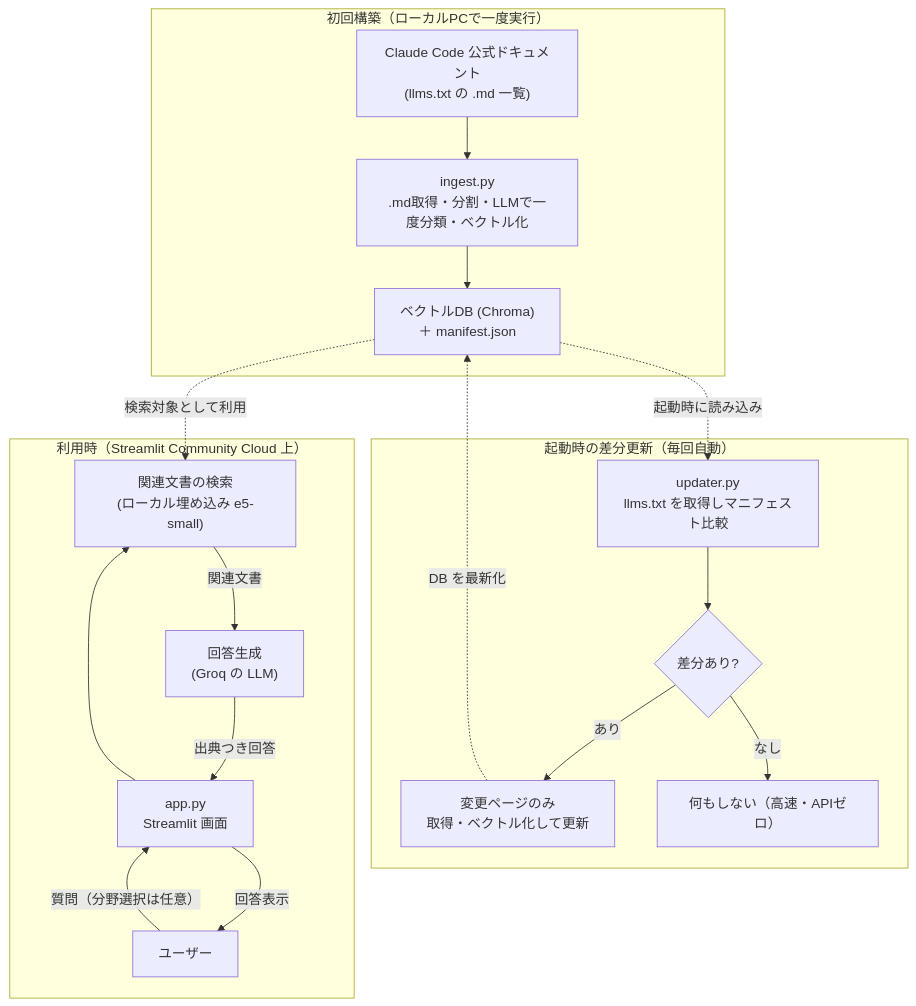
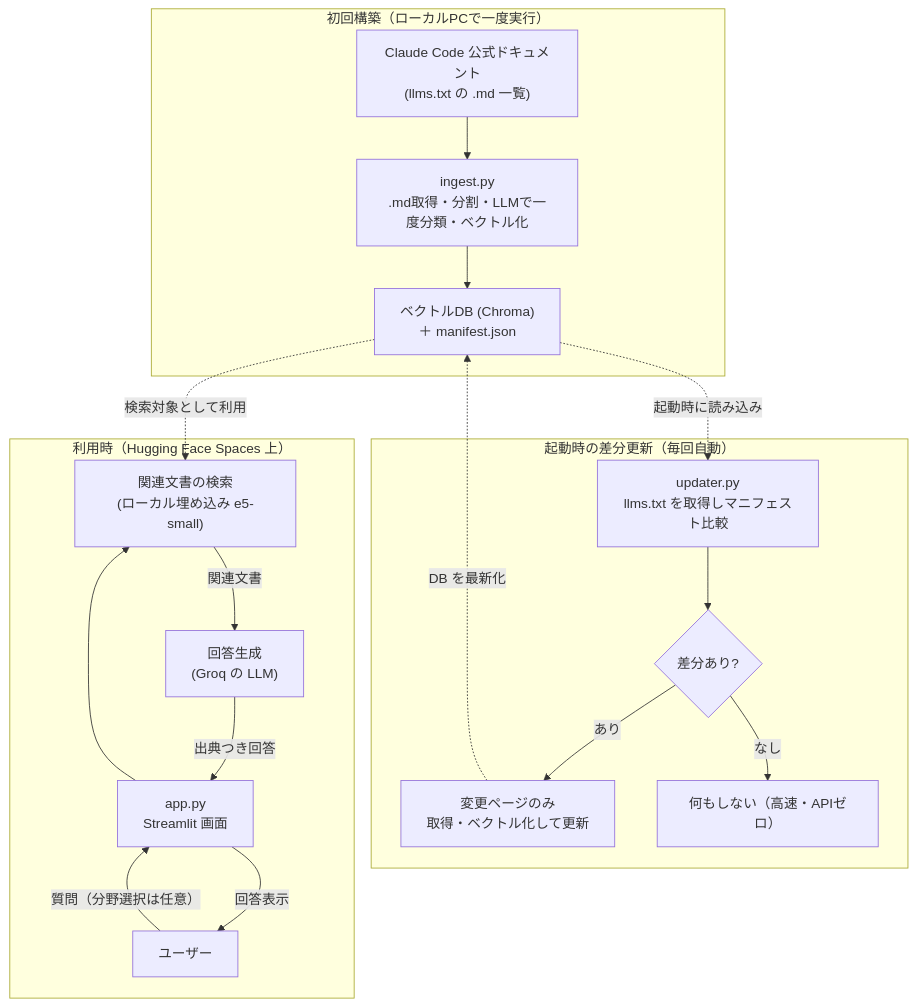
Before and after one commit to altair-nasubee/ai-docs-rag-bot: the diagram in docs/PLAN.md, drawn with Mermaid. The commit also changed other lines of this file and 1 other file, not shown here.

````diff
--- a/docs/PLAN.md
+++ b/docs/PLAN.md
@@ -43,34 +43,34 @@
 ```mermaid
 flowchart TD
     subgraph Prep["初回構築（ローカルPCで一度実行）"]
         Docs["Claude Code 公式ドキュメント<br/>(llms.txt の .md 一覧)"]
         Ingest["ingest.py<br/>.md取得・分割・LLMで一度分類・ベクトル化"]
         VStore["ベクトルDB (Chroma)<br/>＋ manifest.json"]
         Docs --> Ingest --> VStore
     end
 
     subgraph Boot["起動時の差分更新（毎回自動）"]
         Check["updater.py<br/>llms.txt を取得しマニフェスト比較"]
         Diff{"差分あり?"}
         Update["変更ページのみ<br/>取得・ベクトル化して更新"]
         Check --> Diff
         Diff -->|"あり"| Update
         Diff -->|"なし"| Skip["何もしない（高速・APIゼロ）"]
     end
 
-    subgraph Runtime["利用時（Streamlit Community Cloud 上）"]
+    subgraph Runtime["利用時（Hugging Face Spaces 上）"]
         User["ユーザー"]
         UI["app.py<br/>Streamlit 画面"]
         Retriever["関連文書の検索<br/>(ローカル埋め込み e5-small)"]
         LLM["回答生成<br/>(Groq の LLM)"]
         User -->|"質問（分野選択は任意）"| UI
         UI --> Retriever
         Retriever -->|"関連文書"| LLM
         LLM -->|"出典つき回答"| UI
         UI -->|"回答表示"| User
     end
 
     VStore -.->|"起動時に読み込み"| Check
     Update -.->|"DB を最新化"| VStore
     VStore -.->|"検索対象として利用"| Retriever
 ```
````
